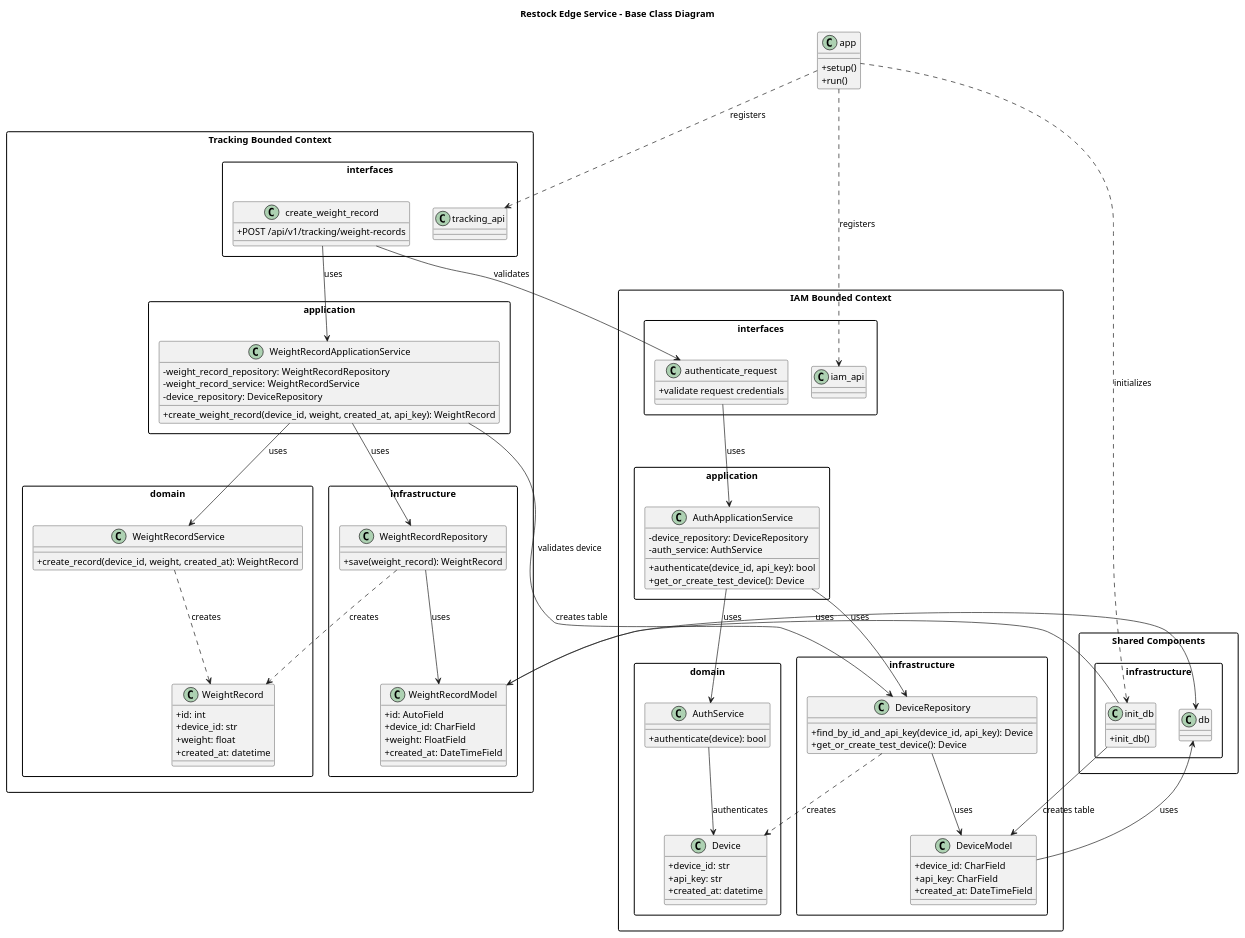
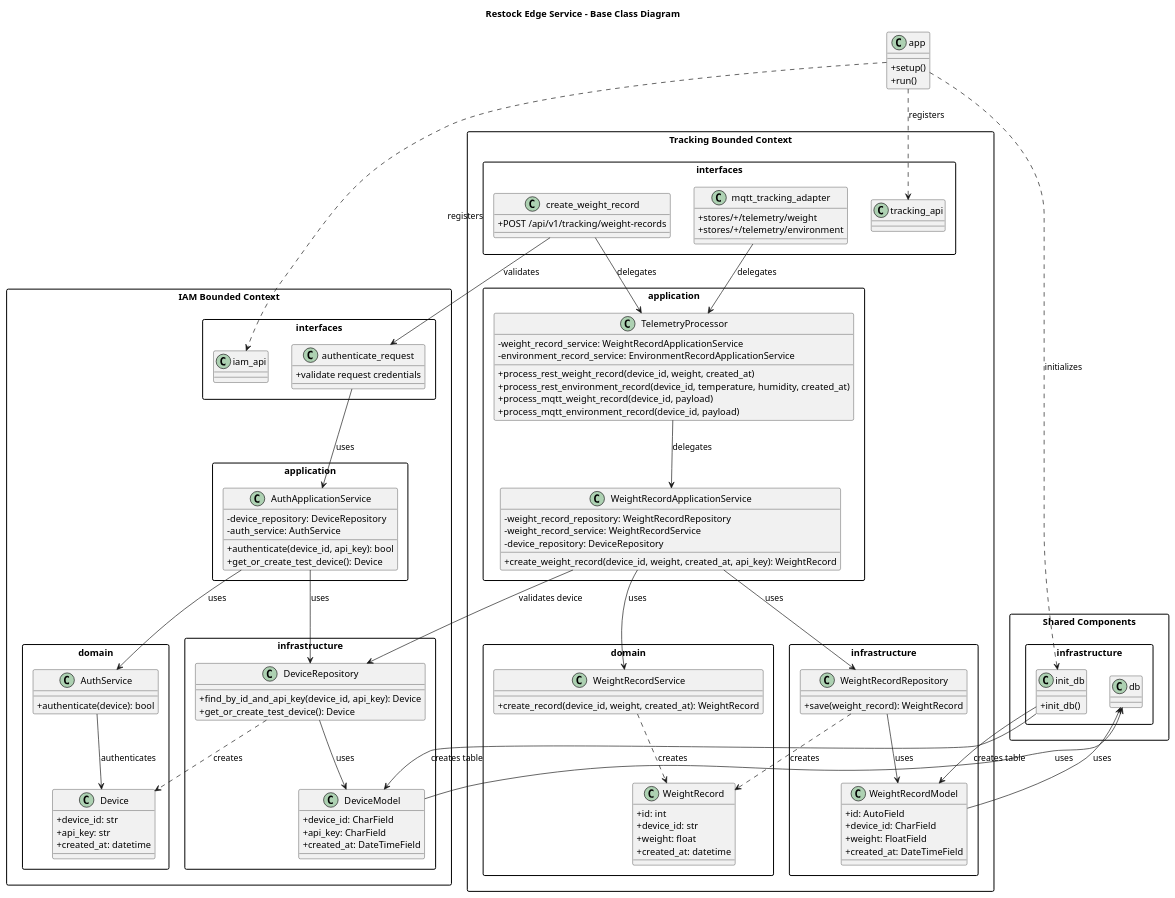
Before and after one commit to fundamentos-arqui-software-8517/restock-edge-service: the diagram in docs/class-diagram.puml, drawn with PlantUML. The commit also changed 1 other file, not shown here.

Commit message:
docs: add telemetry processor to documentation

```diff
--- a/docs/class-diagram.puml
+++ b/docs/class-diagram.puml
@@ -1,133 +1,148 @@
 @startuml
 skinparam packageStyle rectangle
 skinparam classAttributeIconSize 0
 
 title Restock Edge Service - Base Class Diagram
 
 package "IAM Bounded Context" {
   package "interfaces" {
     class iam_api
     class authenticate_request {
       +validate request credentials
     }
   }
 
   package "application" {
     class AuthApplicationService {
       -device_repository: DeviceRepository
       -auth_service: AuthService
       +authenticate(device_id, api_key): bool
       +get_or_create_test_device(): Device
     }
   }
 
   package "domain" {
     class AuthService {
       +authenticate(device): bool
     }
 
     class Device {
       +device_id: str
       +api_key: str
       +created_at: datetime
     }
   }
 
   package "infrastructure" {
     class DeviceRepository {
       +find_by_id_and_api_key(device_id, api_key): Device
       +get_or_create_test_device(): Device
     }
 
     class DeviceModel {
       +device_id: CharField
       +api_key: CharField
       +created_at: DateTimeField
     }
   }
 }
 
 package "Tracking Bounded Context" {
   package "interfaces" {
     class tracking_api
     class create_weight_record {
       +POST /api/v1/tracking/weight-records
     }
+    class mqtt_tracking_adapter {
+      +stores/+/telemetry/weight
+      +stores/+/telemetry/environment
+    }
   }
 
   package "application" {
+    class TelemetryProcessor {
+      -weight_record_service: WeightRecordApplicationService
+      -environment_record_service: EnvironmentRecordApplicationService
+      +process_rest_weight_record(device_id, weight, created_at)
+      +process_rest_environment_record(device_id, temperature, humidity, created_at)
+      +process_mqtt_weight_record(device_id, payload)
+      +process_mqtt_environment_record(device_id, payload)
+    }
+
     class WeightRecordApplicationService {
       -weight_record_repository: WeightRecordRepository
       -weight_record_service: WeightRecordService
       -device_repository: DeviceRepository
       +create_weight_record(device_id, weight, created_at, api_key): WeightRecord
     }
   }
 
   package "domain" {
     class WeightRecordService {
       +create_record(device_id, weight, created_at): WeightRecord
     }
 
     class WeightRecord {
       +id: int
       +device_id: str
       +weight: float
       +created_at: datetime
     }
   }
 
   package "infrastructure" {
     class WeightRecordRepository {
       +save(weight_record): WeightRecord
     }
 
     class WeightRecordModel {
       +id: AutoField
       +device_id: CharField
       +weight: FloatField
       +created_at: DateTimeField
     }
   }
 }
 
 package "Shared Components" {
   package "infrastructure" {
     class db
     class init_db {
       +init_db()
     }
   }
 }
 
 class app {
   +setup()
   +run()
 }
 
 app ..> iam_api : registers
 app ..> tracking_api : registers
 app ..> init_db : initializes
 
 authenticate_request --> AuthApplicationService : uses
 AuthApplicationService --> DeviceRepository : uses
 AuthApplicationService --> AuthService : uses
 DeviceRepository --> DeviceModel : uses
 DeviceRepository ..> Device : creates
 AuthService --> Device : authenticates
 
 create_weight_record --> authenticate_request : validates
-create_weight_record --> WeightRecordApplicationService : uses
+create_weight_record --> TelemetryProcessor : delegates
+mqtt_tracking_adapter --> TelemetryProcessor : delegates
+TelemetryProcessor --> WeightRecordApplicationService : delegates
 WeightRecordApplicationService --> DeviceRepository : validates device
 WeightRecordApplicationService --> WeightRecordService : uses
 WeightRecordApplicationService --> WeightRecordRepository : uses
 WeightRecordService ..> WeightRecord : creates
 WeightRecordRepository --> WeightRecordModel : uses
 WeightRecordRepository ..> WeightRecord : creates
 
 DeviceModel --> db : uses
 WeightRecordModel --> db : uses
 init_db --> DeviceModel : creates table
 init_db --> WeightRecordModel : creates table
 
 @enduml
```
